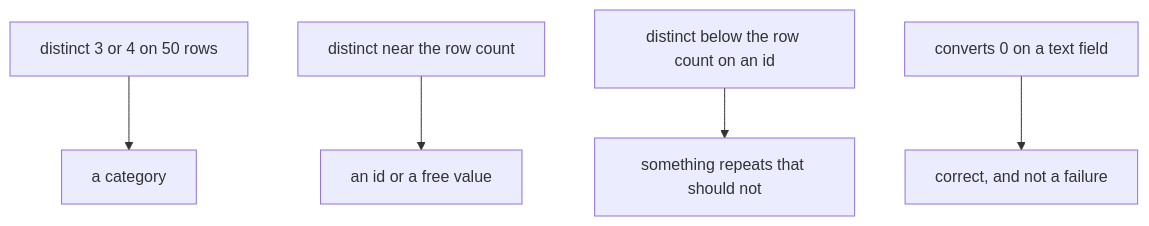
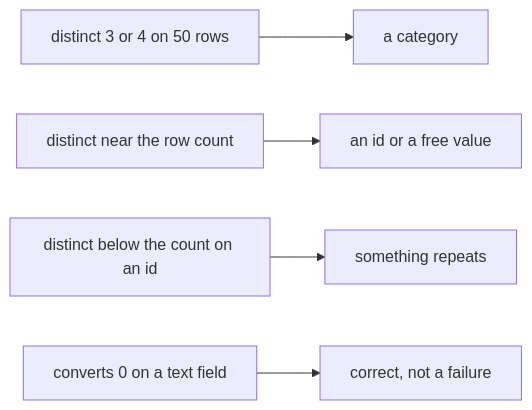
The second of 6 diagrams in content/W01/D3/cheatsheets/C2_W01_D03_profiling_visual_STUDENT.md (fde-academy-lab/c2-content-factory), drawn with Mermaid before and after one commit. The commit also changed other lines of this file and 40 other files, not shown here.

````diff
--- a/content/W01/D3/cheatsheets/C2_W01_D03_profiling_visual_STUDENT.md
+++ b/content/W01/D3/cheatsheets/C2_W01_D03_profiling_visual_STUDENT.md
@@ -24,7 +24,7 @@
 ```mermaid
-flowchart TB
+flowchart LR
     A["distinct 3 or 4 on 50 rows"] --> B["a category"]
     C["distinct near the row count"] --> D["an id or a free value"]
-    E["distinct below the row count on an id"] --> F["something repeats that should not"]
-    G["converts 0 on a text field"] --> H["correct, and not a failure"]
+    E["distinct below the count on an id"] --> F["something repeats"]
+    G["converts 0 on a text field"] --> H["correct, not a failure"]
 ```
````
